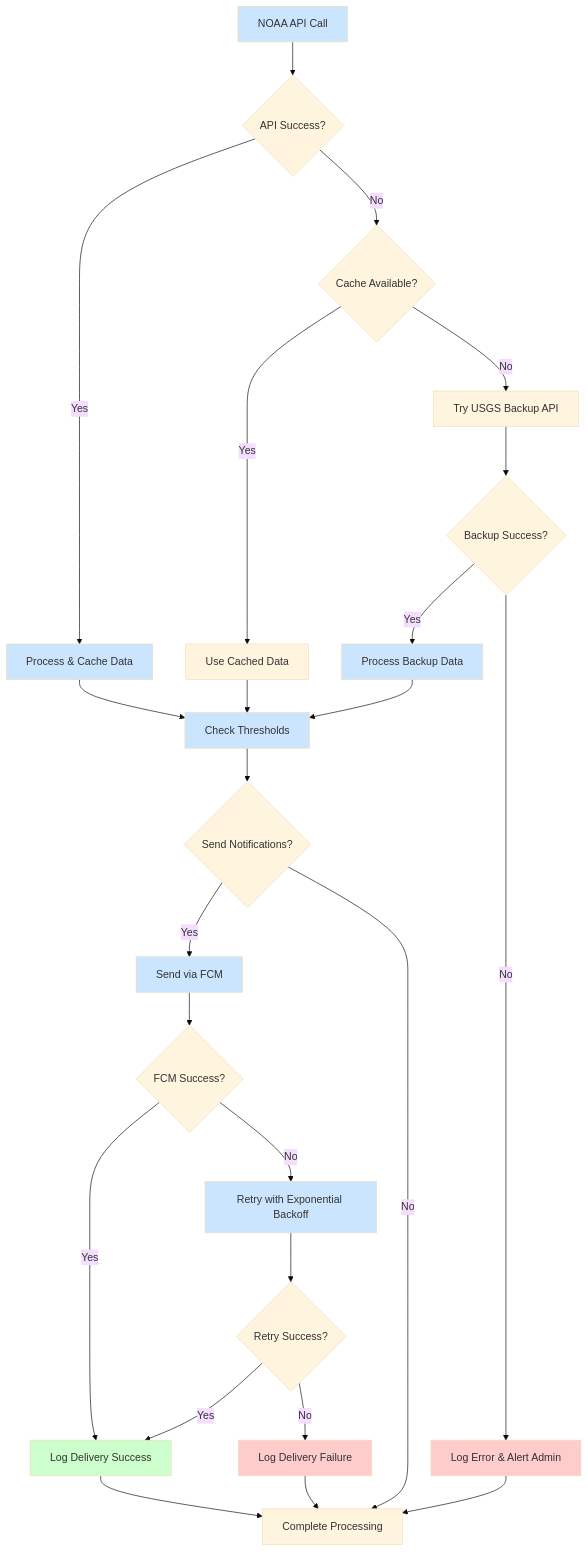
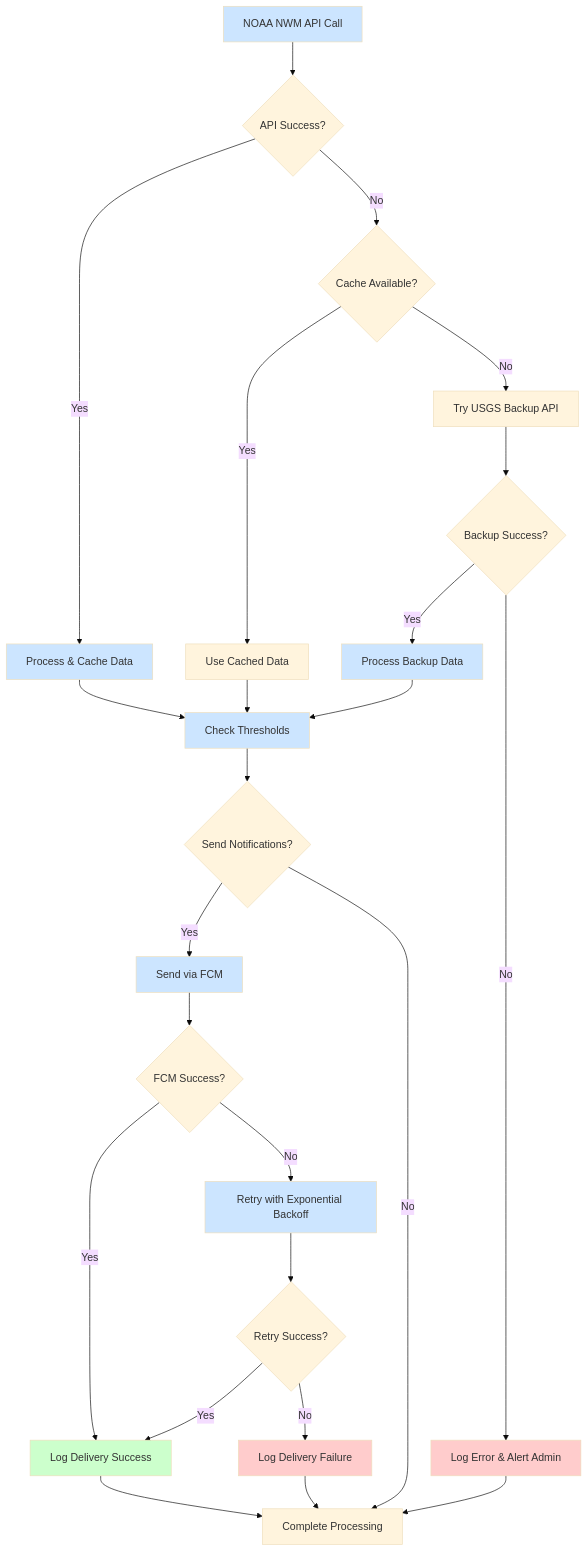
One commit to jersjar7/Rivr changed the sixth of 10 diagrams in thesis_documentation/architecture/system_flow_diagrams.md. Above: the diagram before and after it, drawn with Mermaid (base theme).

Commit message:
Flow Diagrams Edited

````diff
--- a/thesis_documentation/architecture/system_flow_diagrams.md
+++ b/thesis_documentation/architecture/system_flow_diagrams.md
@@ -222,42 +222,42 @@
 ```mermaid
 flowchart TD
-    API_CALL[NOAA API Call] --> API_SUCCESS{API Success?}
+    API_CALL[NOAA NWM API Call] --> API_SUCCESS{API Success?}
     
     API_SUCCESS -->|Yes| PROCESS_DATA[Process & Cache Data]
     API_SUCCESS -->|No| CHECK_CACHE{Cache Available?}
     
     CHECK_CACHE -->|Yes| USE_CACHE[Use Cached Data]
     CHECK_CACHE -->|No| TRY_BACKUP[Try USGS Backup API]
     
     TRY_BACKUP --> BACKUP_SUCCESS{Backup Success?}
     BACKUP_SUCCESS -->|Yes| PROCESS_BACKUP[Process Backup Data]
     BACKUP_SUCCESS -->|No| LOG_ERROR[Log Error & Alert Admin]
     
     PROCESS_DATA --> THRESHOLD_CHECK[Check Thresholds]
     USE_CACHE --> THRESHOLD_CHECK
     PROCESS_BACKUP --> THRESHOLD_CHECK
     
     THRESHOLD_CHECK --> SEND_NOTIF{Send Notifications?}
     SEND_NOTIF -->|Yes| FCM_SEND[Send via FCM]
     SEND_NOTIF -->|No| COMPLETE[Complete Processing]
     
     FCM_SEND --> FCM_SUCCESS{FCM Success?}
     FCM_SUCCESS -->|Yes| LOG_SUCCESS[Log Delivery Success]
     FCM_SUCCESS -->|No| RETRY[Retry with Exponential Backoff]
     
     RETRY --> RETRY_SUCCESS{Retry Success?}
     RETRY_SUCCESS -->|Yes| LOG_SUCCESS
     RETRY_SUCCESS -->|No| LOG_FAILURE[Log Delivery Failure]
     
     LOG_ERROR --> COMPLETE
     LOG_SUCCESS --> COMPLETE
     LOG_FAILURE --> COMPLETE
     
     classDef error fill:#ffcccc
     classDef success fill:#ccffcc
     classDef process fill:#cce5ff
     
     class API_CALL,PROCESS_DATA,PROCESS_BACKUP,THRESHOLD_CHECK,FCM_SEND,RETRY process
     class LOG_SUCCESS success
     class LOG_ERROR,LOG_FAILURE error
 ```
````
